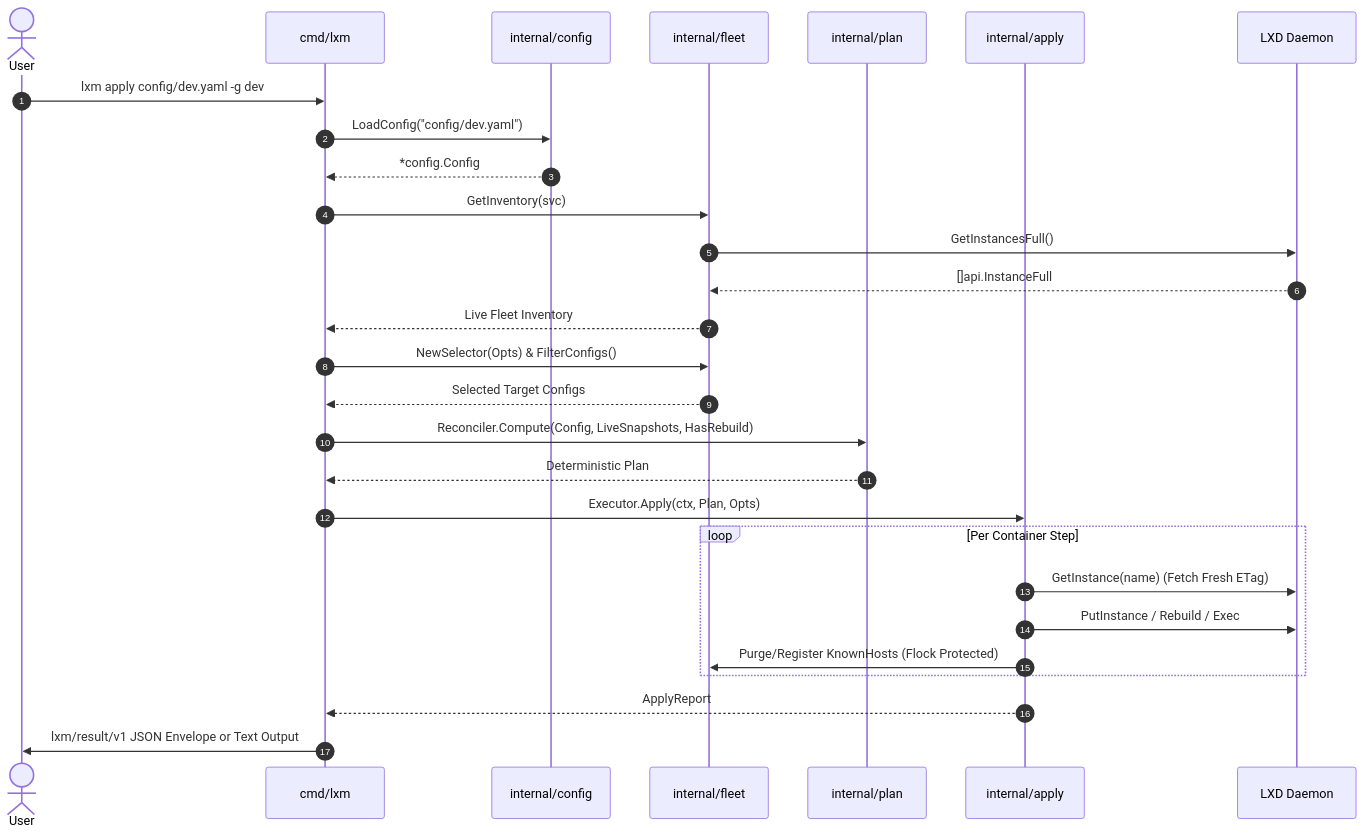
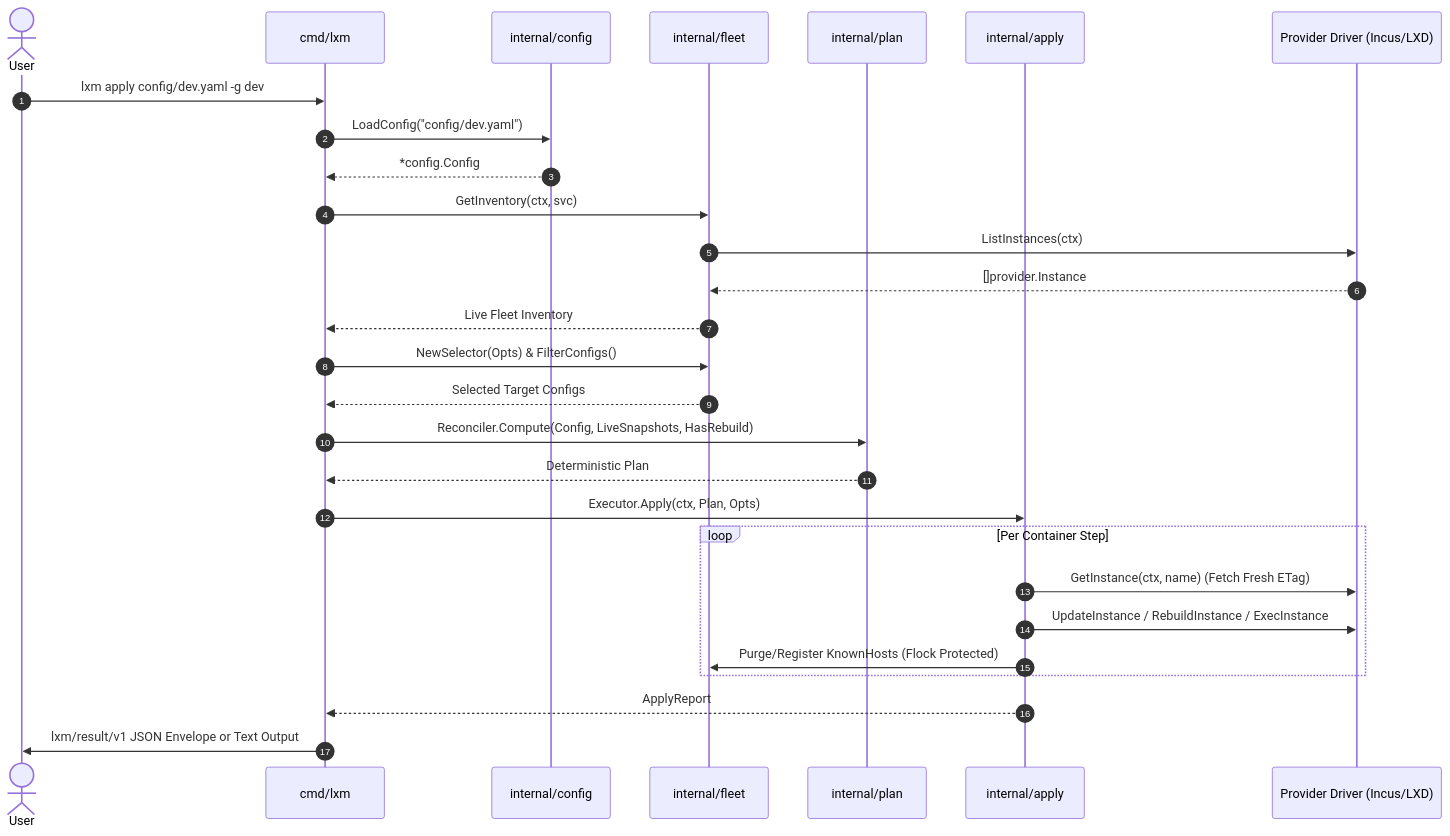
One commit to aiyor/lxm changed the second of 2 diagrams in ARCHITECTURE.md. Above: the diagram before and after it, drawn with Mermaid. The commit also changed other lines of this file and 119 other files, not shown here.

First line of the commit message:
refactor: Unified Multi-Provider Architecture (Add Incus support) (#6)

````diff
--- a/ARCHITECTURE.md
+++ b/ARCHITECTURE.md
@@ -55,31 +66,31 @@
 ```mermaid
 sequenceDiagram
     autonumber
     actor User
     participant CLI as cmd/lxm
     participant Config as internal/config
     participant Fleet as internal/fleet
     participant Plan as internal/plan
     participant Apply as internal/apply
-    participant LXD as LXD Daemon
+    participant Driver as Provider Driver (Incus/LXD)
 
     User->>CLI: lxm apply config/dev.yaml -g dev
     CLI->>Config: LoadConfig("config/dev.yaml")
     Config-->>CLI: *config.Config
-    CLI->>Fleet: GetInventory(svc)
-    Fleet->>LXD: GetInstancesFull()
-    LXD-->>Fleet: []api.InstanceFull
+    CLI->>Fleet: GetInventory(ctx, svc)
+    Fleet->>Driver: ListInstances(ctx)
+    Driver-->>Fleet: []provider.Instance
     Fleet-->>CLI: Live Fleet Inventory
     CLI->>Fleet: NewSelector(Opts) & FilterConfigs()
     Fleet-->>CLI: Selected Target Configs
     CLI->>Plan: Reconciler.Compute(Config, LiveSnapshots, HasRebuild)
     Plan-->>CLI: Deterministic Plan
     CLI->>Apply: Executor.Apply(ctx, Plan, Opts)
     loop Per Container Step
-        Apply->>LXD: GetInstance(name) (Fetch Fresh ETag)
-        Apply->>LXD: PutInstance / Rebuild / Exec
+        Apply->>Driver: GetInstance(ctx, name) (Fetch Fresh ETag)
+        Apply->>Driver: UpdateInstance / RebuildInstance / ExecInstance
         Apply->>Fleet: Purge/Register KnownHosts (Flock Protected)
     end
     Apply-->>CLI: ApplyReport
     CLI->>User: lxm/result/v1 JSON Envelope or Text Output
 ```
````
